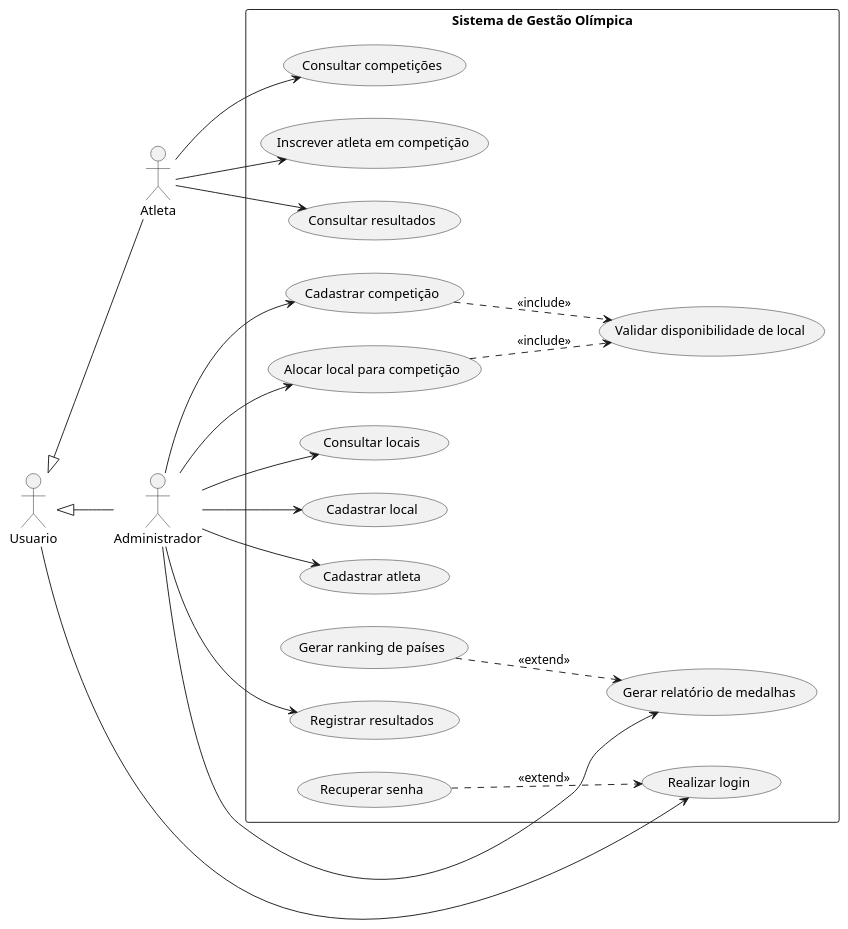
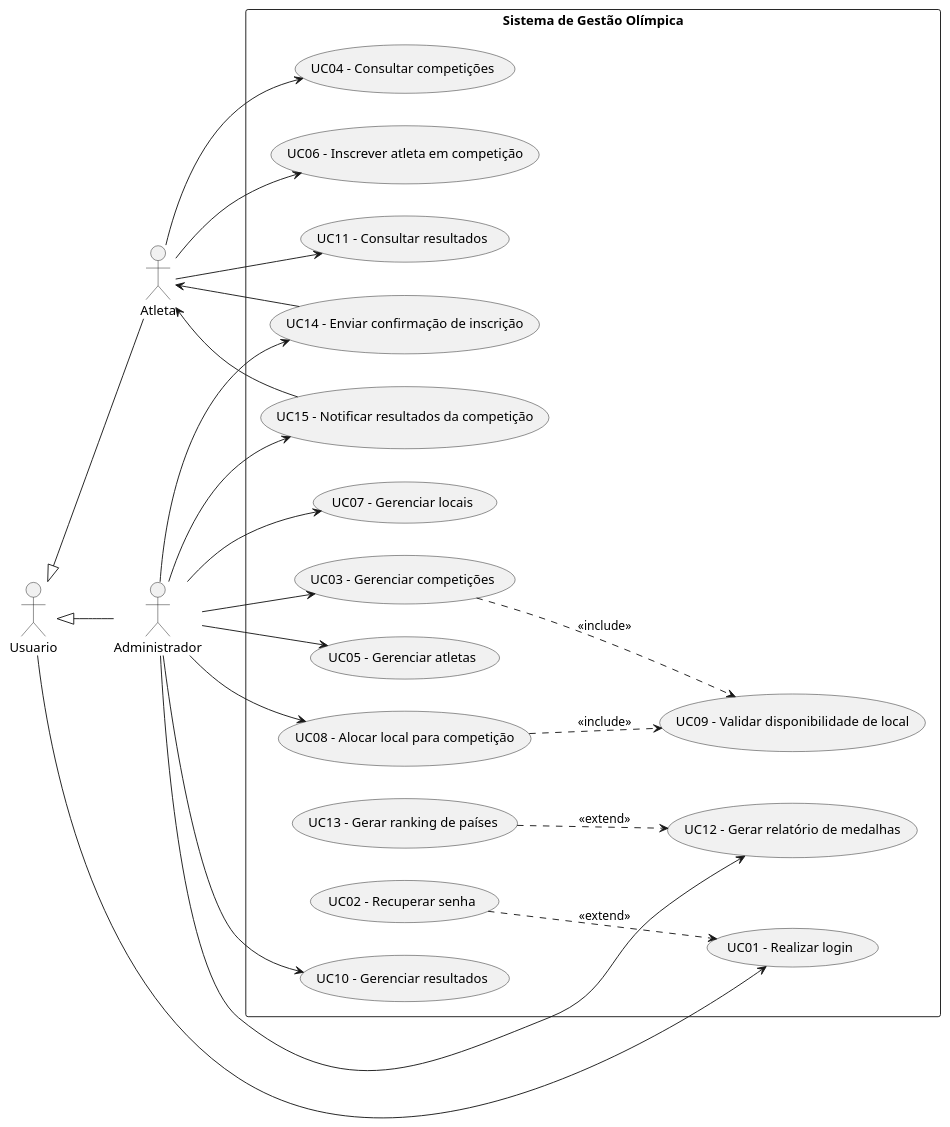
Before and after one commit to arturbomtempo-learning/olympic-system-modeling: the diagram in codes/use-case-diagram.puml, drawn with PlantUML.

Commit message:
feat: update use case diagram with numbered use cases and additional functionalities

```diff
--- a/codes/use-case-diagram.puml
+++ b/codes/use-case-diagram.puml
@@ -1,56 +1,64 @@
 @startuml
 left to right direction
 
 skinparam packageStyle rectangle
 
 actor Usuario
 actor Atleta
 actor Administrador as Admin
 
 Usuario <|-- Atleta
 Usuario <|-- Admin
 
 rectangle "Sistema de Gestão Olímpica" {
-    usecase "Realizar login" as UC_Login
-    usecase "Recuperar senha" as UC_ResetPassword
 
-    usecase "Cadastrar competição" as UC_CreateCompetition
-    usecase "Consultar competições" as UC_ViewCompetitions
+    usecase "UC01 - Realizar login" as UC_Login
+    usecase "UC02 - Recuperar senha" as UC_ResetPassword
 
-    usecase "Cadastrar atleta" as UC_CreateAthlete
-    usecase "Inscrever atleta em competição" as UC_RegisterAthlete
+    usecase "UC03 - Gerenciar competições" as UC_ManageCompetitions
+    usecase "UC04 - Consultar competições" as UC_ViewCompetitions
 
-    usecase "Cadastrar local" as UC_CreateVenue
-    usecase "Consultar locais" as UC_ViewVenues
-    usecase "Alocar local para competição" as UC_AllocateVenue
-    usecase "Validar disponibilidade de local" as UC_ValidateVenue
+    usecase "UC05 - Gerenciar atletas" as UC_ManageAthletes
+    usecase "UC06 - Inscrever atleta em competição" as UC_RegisterAthlete
 
-    usecase "Registrar resultados" as UC_RegisterResults
-    usecase "Consultar resultados" as UC_ViewResults
+    usecase "UC07 - Gerenciar locais" as UC_ManageVenues
+    usecase "UC08 - Alocar local para competição" as UC_AllocateVenue
+    usecase "UC09 - Validar disponibilidade de local" as UC_ValidateVenue
 
-    usecase "Gerar relatório de medalhas" as UC_MedalReport
-    usecase "Gerar ranking de países" as UC_CountryRanking
+    usecase "UC10 - Gerenciar resultados" as UC_ManageResults
+    usecase "UC11 - Consultar resultados" as UC_ViewResults
+
+    usecase "UC12 - Gerar relatório de medalhas" as UC_MedalReport
+    usecase "UC13 - Gerar ranking de países" as UC_CountryRanking
+
+    usecase "UC14 - Enviar confirmação de inscrição" as UC_RegistrationNotification
+    usecase "UC15 - Notificar resultados da competição" as UC_ResultNotification
 }
 
 Usuario --> UC_Login
 
 Atleta --> UC_ViewCompetitions
 Atleta --> UC_RegisterAthlete
 Atleta --> UC_ViewResults
 
-Admin --> UC_CreateCompetition
-Admin --> UC_CreateAthlete
-Admin --> UC_CreateVenue
-Admin --> UC_ViewVenues
+Admin --> UC_ManageCompetitions
+Admin --> UC_ManageAthletes
+Admin --> UC_ManageVenues
 Admin --> UC_AllocateVenue
-Admin --> UC_RegisterResults
+Admin --> UC_ManageResults
 Admin --> UC_MedalReport
 
-UC_CreateCompetition ..> UC_ValidateVenue : <<include>>
+Admin --> UC_ResultNotification
+UC_ResultNotification --> Atleta
+
+Admin --> UC_RegistrationNotification
+UC_RegistrationNotification --> Atleta
+
+UC_ManageCompetitions ..> UC_ValidateVenue : <<include>>
 UC_AllocateVenue ..> UC_ValidateVenue : <<include>>
 
 UC_ResetPassword ..> UC_Login : <<extend>>
 
 UC_CountryRanking ..> UC_MedalReport : <<extend>>
 
 @enduml
```
